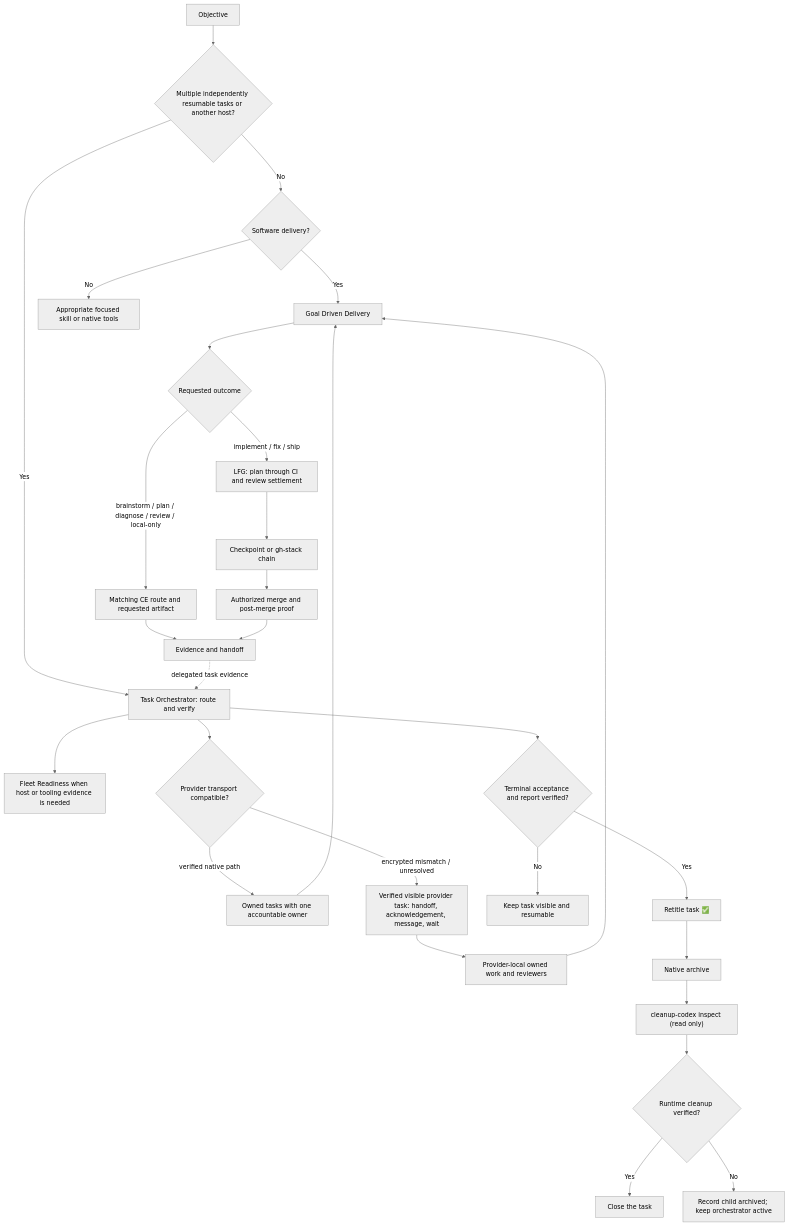
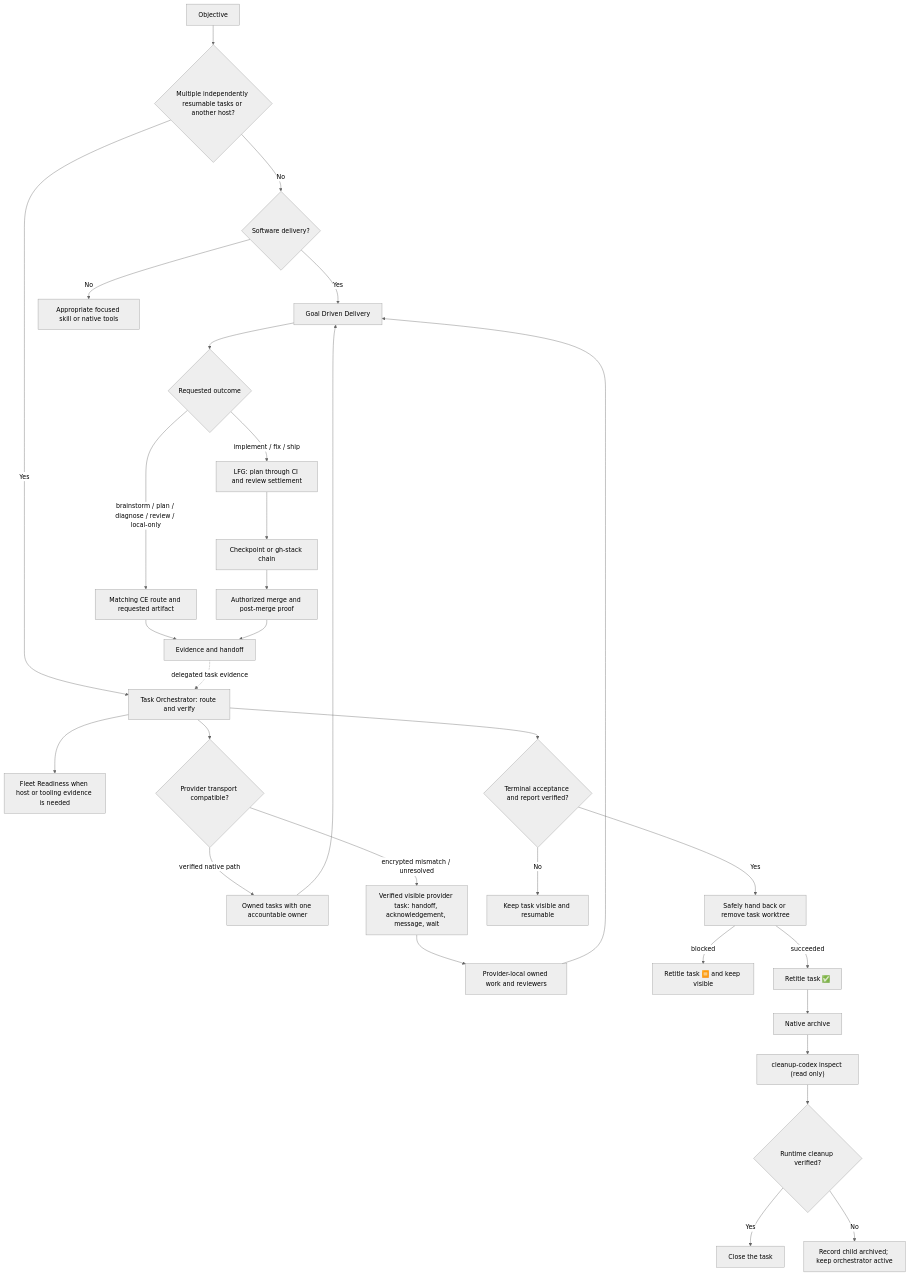
The diagram in docs/delivery-workflows.md (novotnyllc/agent-utilities), drawn with Mermaid (neutral theme) before and after one commit. The commit also changed other lines of this file and 4 other files, not shown here.

````diff
--- a/docs/delivery-workflows.md
+++ b/docs/delivery-workflows.md
@@ -60,31 +60,33 @@
 ```mermaid
 flowchart TD
     request["Objective"] --> decision{"Multiple independently resumable tasks or another host?"}
     decision -- No --> kind{"Software delivery?"}
     kind -- Yes --> gdd["Goal Driven Delivery"]
     kind -- No --> direct["Appropriate focused skill or native tools"]
     decision -- Yes --> orchestrator["Task Orchestrator: route and verify"]
     orchestrator --> readiness["Fleet Readiness when host or tooling evidence is needed"]
     orchestrator --> providerRoute{"Provider transport compatible?"}
     providerRoute -- "verified native path" --> lanes["Owned tasks with one accountable owner"]
     providerRoute -- "encrypted mismatch / unresolved" --> providerTask["Verified visible provider task: handoff, acknowledgement, message, wait"]
     providerTask --> providerLanes["Provider-local owned work and reviewers"]
     lanes --> gdd
     providerLanes --> gdd
     gdd --> intent{"Requested outcome"}
     intent -- "brainstorm / plan / diagnose / review / local-only" --> narrow["Matching CE route and requested artifact"]
     intent -- "implement / fix / ship" --> lfg["LFG: plan through CI and review settlement"]
     lfg --> checkpoint["Checkpoint or gh-stack chain"]
     checkpoint --> merge["Authorized merge and post-merge proof"]
     narrow --> evidence["Evidence and handoff"]
     merge --> evidence
     evidence -. delegated task evidence .-> orchestrator
     orchestrator --> terminal{"Terminal acceptance and report verified?"}
     terminal -- No --> resumable["Keep task visible and resumable"]
-    terminal -- Yes --> retitle["Retitle task ✅"]
+    terminal -- Yes --> release["Safely hand back or remove task worktree"]
+    release -- "blocked" --> cleanupBlocked["Retitle task ⏸️ and keep visible"]
+    release -- "succeeded" --> retitle["Retitle task ✅"]
     retitle --> archive["Native archive"]
     archive --> inspect["cleanup-codex inspect (read only)"]
     inspect --> verified{"Runtime cleanup verified?"}
     verified -- Yes --> closed["Close the task"]
     verified -- No --> unresolved["Record child archived; keep orchestrator active"]
 ```
````
